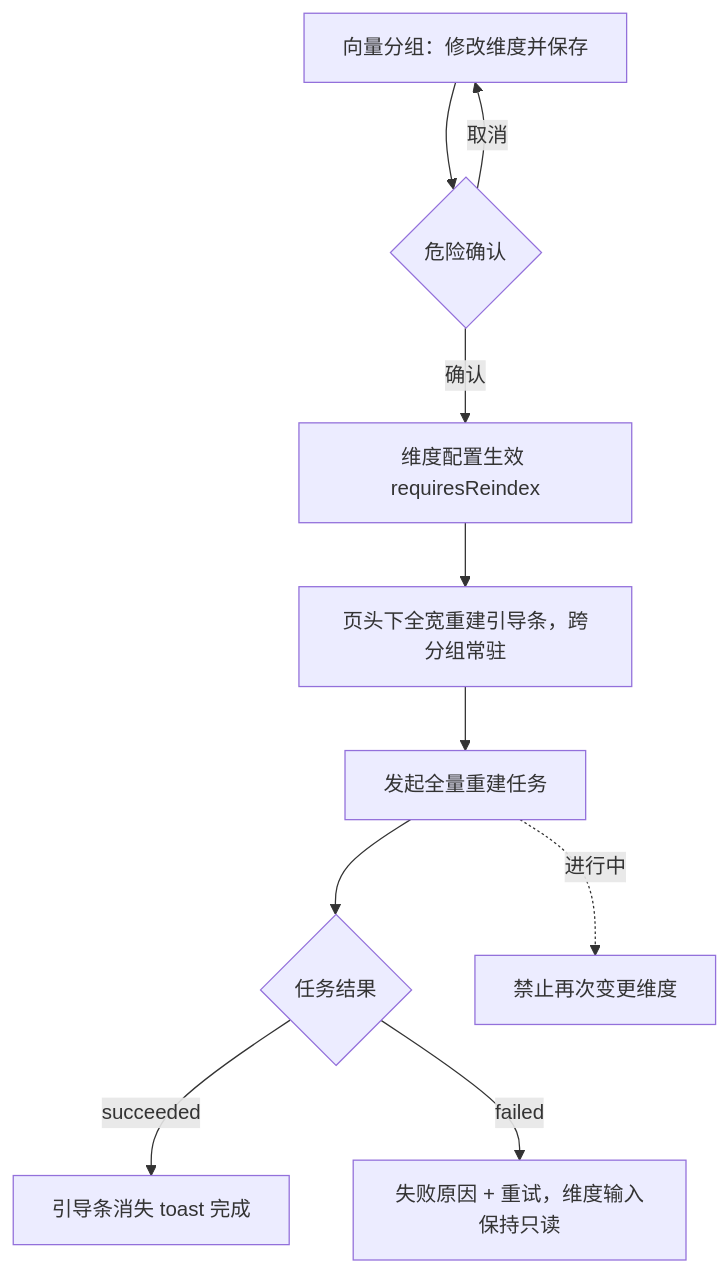
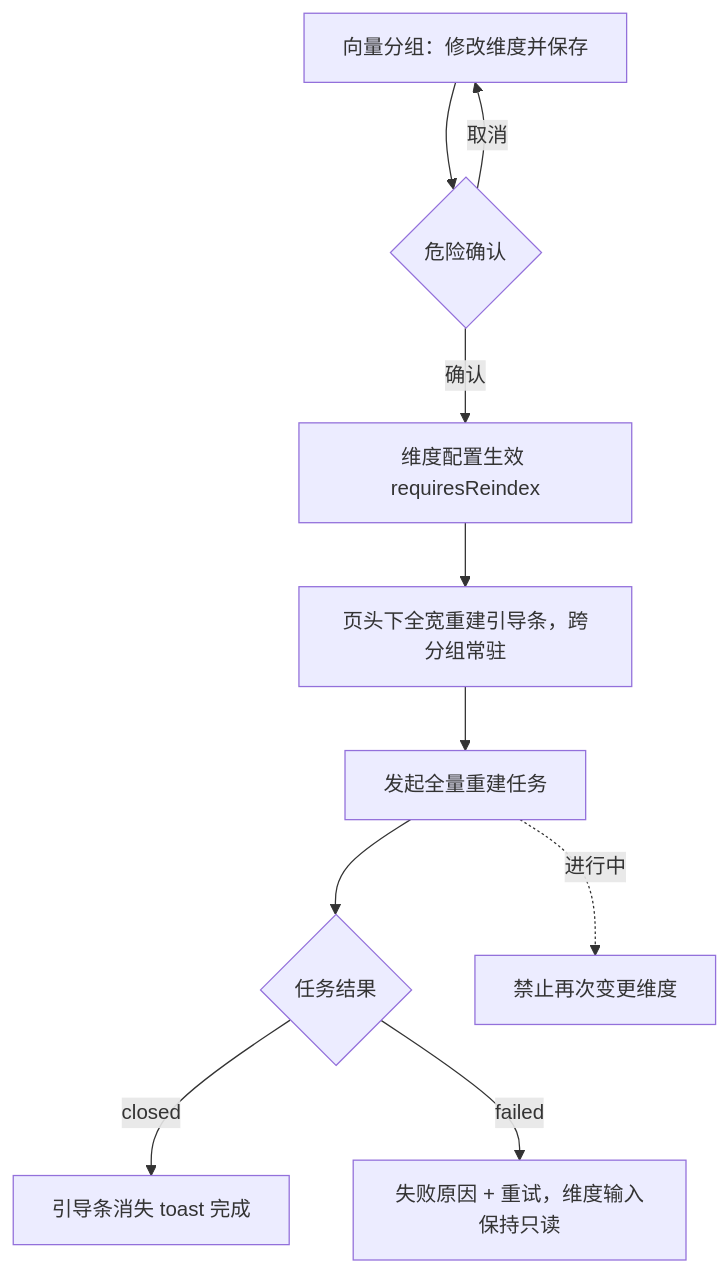
Before and after one commit to XiaoMiSum/robotest: the first of 2 diagrams in docs/05-interaction-design/07-ai-capability/02-ai-admin-ui.md, drawn with Mermaid. The commit also changed other lines of this file and 18 other files, not shown here.

````diff
--- a/docs/05-interaction-design/07-ai-capability/02-ai-admin-ui.md
+++ b/docs/05-interaction-design/07-ai-capability/02-ai-admin-ui.md
@@ -117,12 +117,12 @@
 ```mermaid
 flowchart TD
   A[向量分组：修改维度并保存] --> B{危险确认}
   B -- 取消 --> A
   B -- 确认 --> C[维度配置生效 requiresReindex]
   C --> D[页头下全宽重建引导条，跨分组常驻]
   D --> E[发起全量重建任务]
   E --> F{任务结果}
-  F -- succeeded --> G[引导条消失 toast 完成]
+  F -- closed --> G[引导条消失 toast 完成]
   F -- failed --> H[失败原因 + 重试，维度输入保持只读]
   E -. 进行中 .-> I[禁止再次变更维度]
 ```
````
